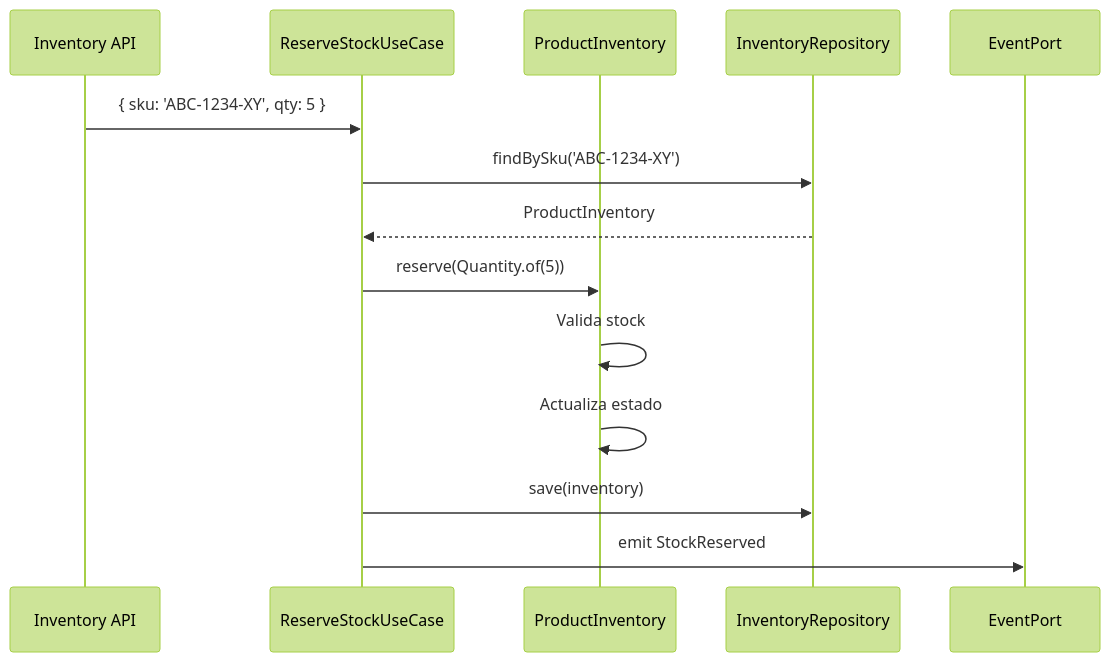
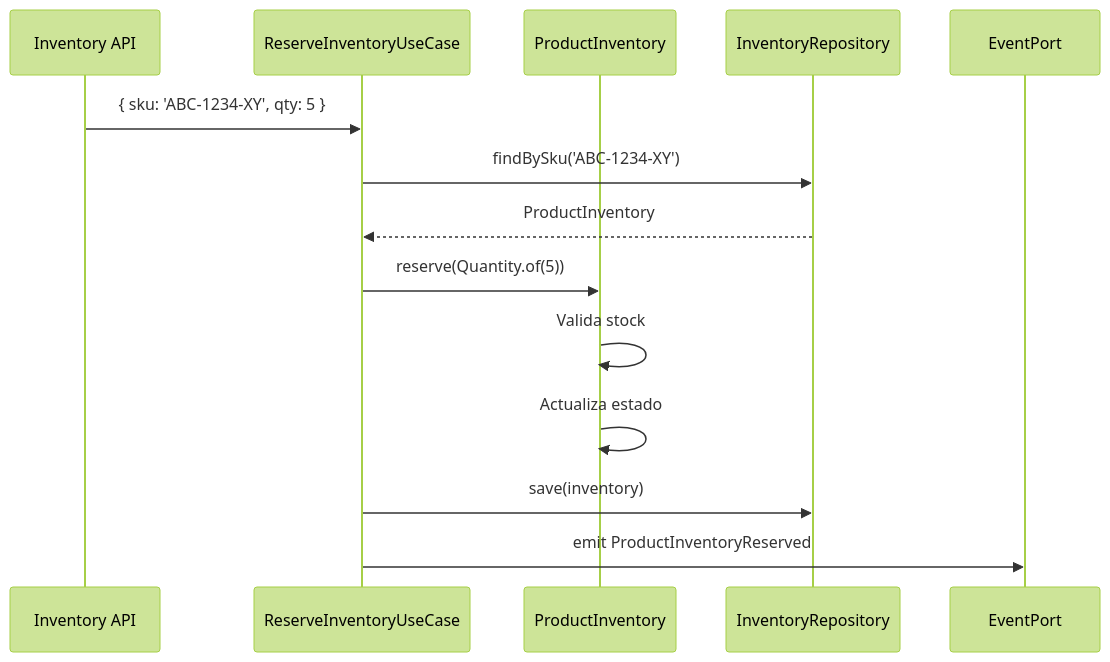
The diagram in curso/dia-04/03-avance-proyecto.md (erserca16/curso-ddd-2026), drawn with Mermaid (forest theme) before and after one commit. The commit also changed other lines of this file and 64 other files, not shown here.

````diff
--- a/curso/dia-04/03-avance-proyecto.md
+++ b/curso/dia-04/03-avance-proyecto.md
@@ -90,16 +90,16 @@
 ```mermaid
 sequenceDiagram
     participant API as Inventory API
-    participant UseCase as ReserveStockUseCase
+    participant UseCase as ReserveInventoryUseCase
     participant Aggregate as ProductInventory
     participant Repo as InventoryRepository
     
     API->>UseCase: { sku: 'ABC-1234-XY', qty: 5 }
     UseCase->>Repo: findBySku('ABC-1234-XY')
     Repo-->>UseCase: ProductInventory
     UseCase->>Aggregate: reserve(Quantity.of(5))
     Aggregate->>Aggregate: Valida stock
     Aggregate->>Aggregate: Actualiza estado
     UseCase->>Repo: save(inventory)
-    UseCase->>EventPort: emit StockReserved
+    UseCase->>EventPort: emit ProductInventoryReserved
 ```
````
